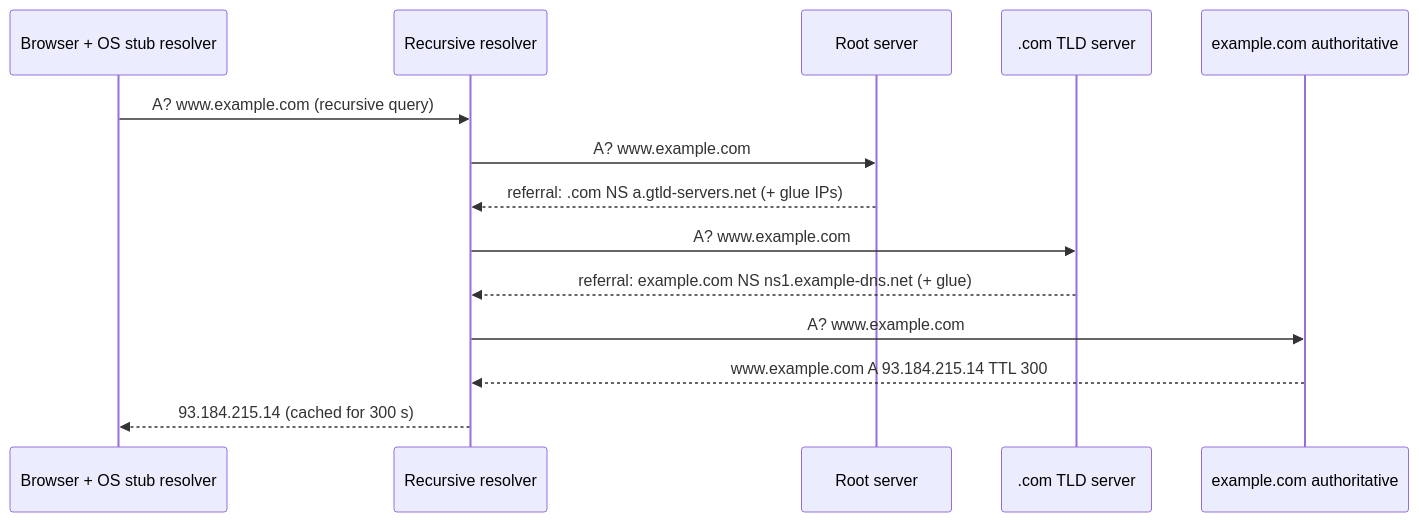
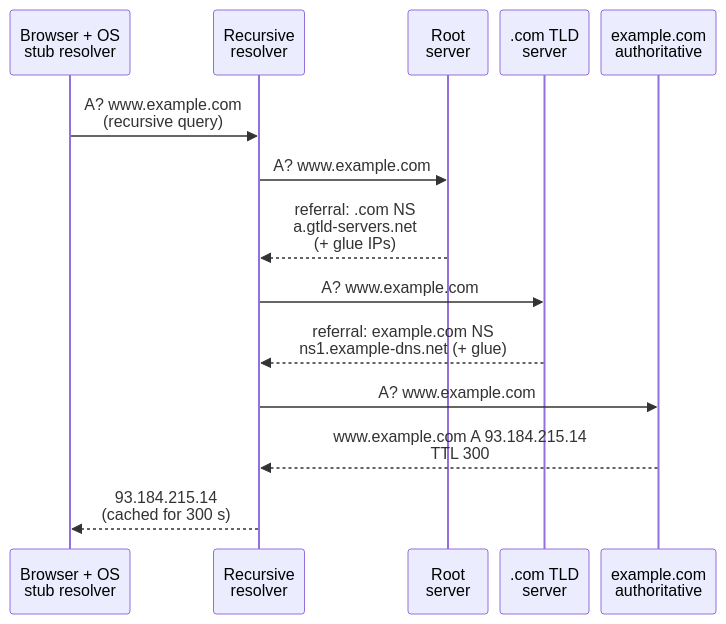
Before and after one commit to Siva010/CoreCS: the diagram in content/lessons/cn/cn-dns-fundamentals.md, drawn with Mermaid. The commit also changed 19 other files, not shown here.

First line of the commit message:
Merge the OS and Networks diagram readability fixes

````diff
--- a/content/lessons/cn/cn-dns-fundamentals.md
+++ b/content/lessons/cn/cn-dns-fundamentals.md
@@ -53,16 +53,17 @@
 ```mermaid
+%%{init: {"sequence": {"width": 80, "actorMargin": 12}}}%%
 sequenceDiagram
-    participant App as Browser + OS stub resolver
-    participant R as Recursive resolver
-    participant Root as Root server
-    participant TLD as .com TLD server
-    participant Auth as example.com authoritative
-    App->>R: A? www.example.com (recursive query)
+    participant App as Browser + OS<br/>stub resolver
+    participant R as Recursive<br/>resolver
+    participant Root as Root<br/>server
+    participant TLD as .com TLD<br/>server
+    participant Auth as example.com<br/>authoritative
+    App->>R: A? www.example.com<br/>(recursive query)
     R->>Root: A? www.example.com
-    Root-->>R: referral: .com NS a.gtld-servers.net (+ glue IPs)
+    Root-->>R: referral: .com NS<br/>a.gtld-servers.net<br/>(+ glue IPs)
     R->>TLD: A? www.example.com
-    TLD-->>R: referral: example.com NS ns1.example-dns.net (+ glue)
+    TLD-->>R: referral: example.com NS<br/>ns1.example-dns.net (+ glue)
     R->>Auth: A? www.example.com
-    Auth-->>R: www.example.com A 93.184.215.14 TTL 300
-    R-->>App: 93.184.215.14 (cached for 300 s)
+    Auth-->>R: www.example.com A 93.184.215.14<br/>TTL 300
+    R-->>App: 93.184.215.14<br/>(cached for 300 s)
 ```
````
